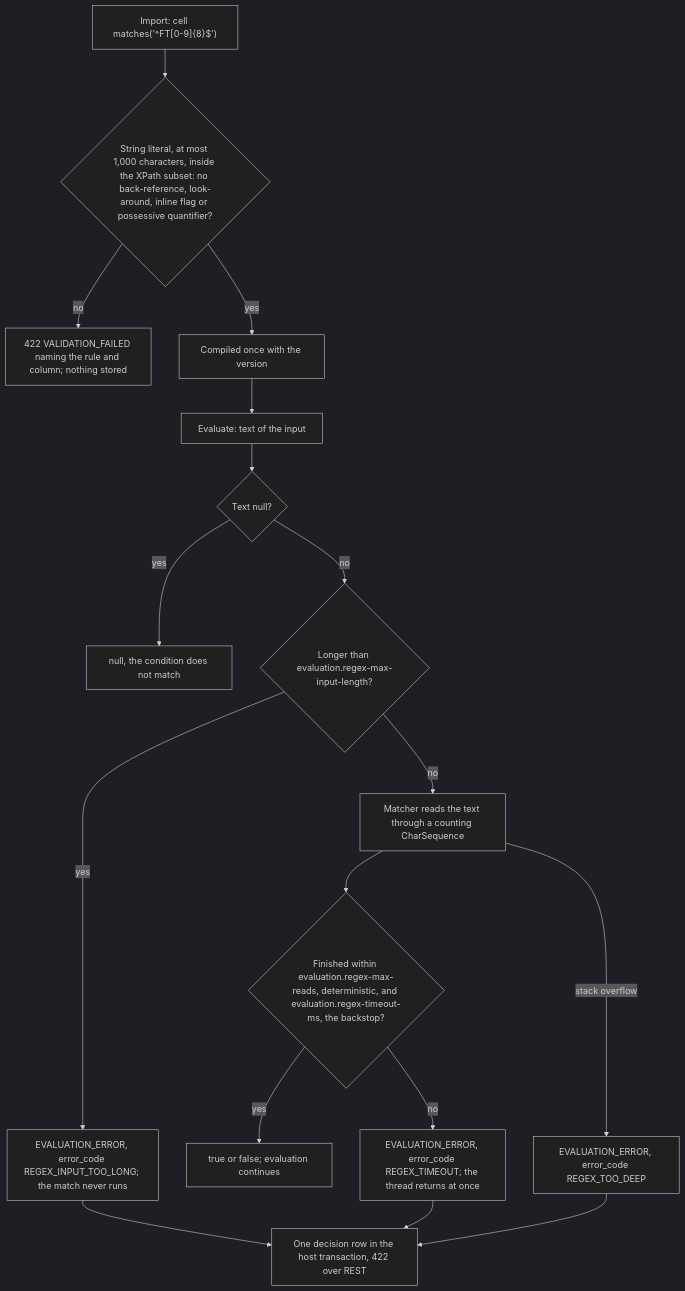
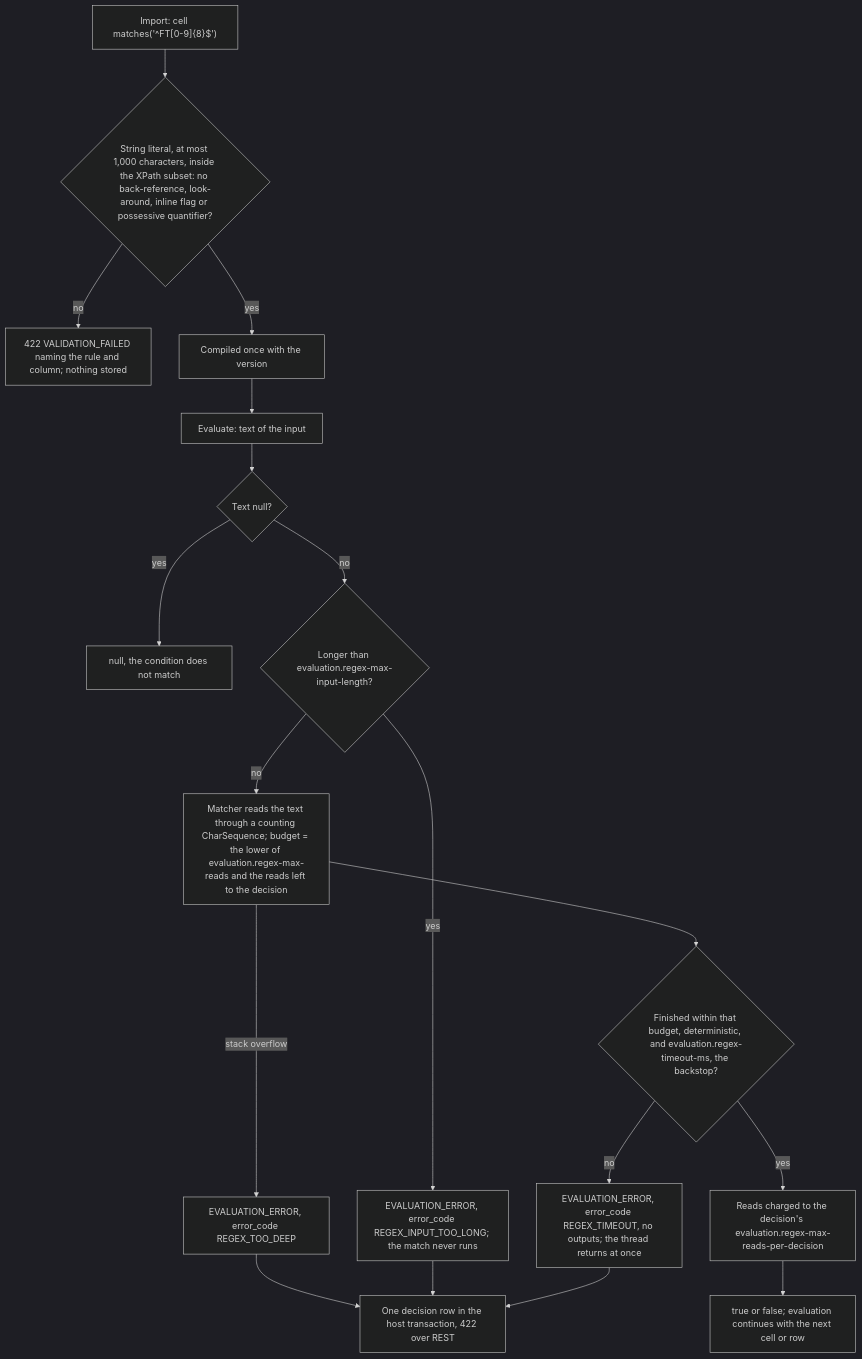
One commit to dhluong90/horus-Agentic-BPM changed the diagram in rule-engine/docs/diagrams/regex-bounds.mmd. Above: the diagram before and after it, drawn with Mermaid (dark theme). The commit also changed 18 other files, not shown here.

First line of the commit message:
feat(rule-engine): regex read budget per decision (#290)

```diff
--- a/rule-engine/docs/diagrams/regex-bounds.mmd
+++ b/rule-engine/docs/diagrams/regex-bounds.mmd
@@ -1,17 +1,18 @@
 flowchart TD
   A["Import: cell matches('^FT[0-9]{8}$')"] --> B{"String literal, at most 1,000 characters, inside the XPath subset: no back-reference, look-around, inline flag or possessive quantifier?"}
   B -- no --> C["422 VALIDATION_FAILED naming the rule and column; nothing stored"]
   B -- yes --> D["Compiled once with the version"]
   D --> E["Evaluate: text of the input"]
   E --> F{"Text null?"}
   F -- yes --> G["null, the condition does not match"]
   F -- no --> H{"Longer than evaluation.regex-max-input-length?"}
   H -- yes --> I["EVALUATION_ERROR, error_code REGEX_INPUT_TOO_LONG; the match never runs"]
-  H -- no --> J["Matcher reads the text through a counting CharSequence"]
-  J --> K{"Finished within evaluation.regex-max-reads, deterministic, and evaluation.regex-timeout-ms, the backstop?"}
-  K -- yes --> L["true or false; evaluation continues"]
-  K -- no --> M["EVALUATION_ERROR, error_code REGEX_TIMEOUT; the thread returns at once"]
+  H -- no --> J["Matcher reads the text through a counting CharSequence; budget = the lower of evaluation.regex-max-reads and the reads left to the decision"]
+  J --> K{"Finished within that budget, deterministic, and evaluation.regex-timeout-ms, the backstop?"}
+  K -- yes --> P["Reads charged to the decision's evaluation.regex-max-reads-per-decision"]
+  P --> L["true or false; evaluation continues with the next cell or row"]
+  K -- no --> M["EVALUATION_ERROR, error_code REGEX_TIMEOUT, no outputs; the thread returns at once"]
   J -- stack overflow --> O["EVALUATION_ERROR, error_code REGEX_TOO_DEEP"]
   O --> N
   I --> N["One decision row in the host transaction, 422 over REST"]
   M --> N
```
